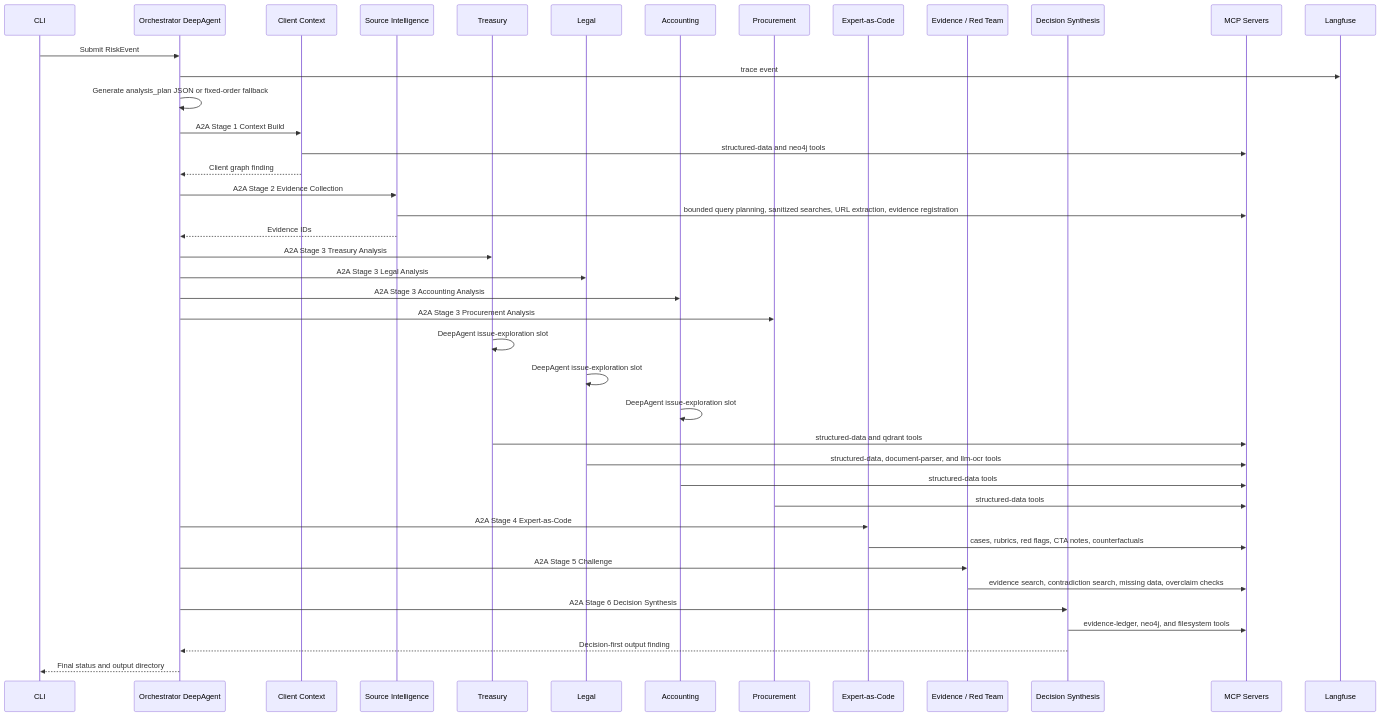
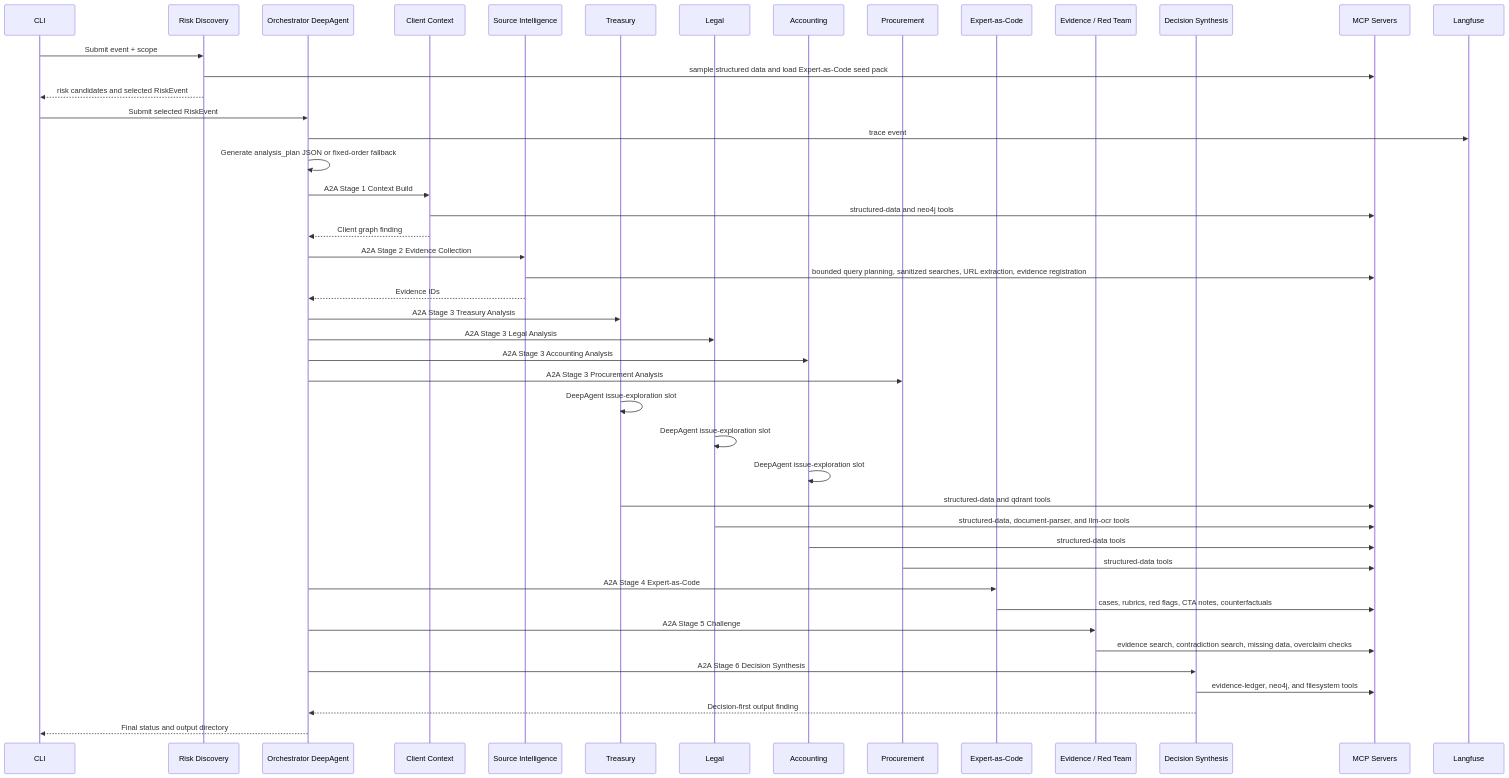
The third of 4 diagrams in docs/architecture_diagrams.md (yujihama/RiskAdvisory_Intelligence_Platform), drawn with Mermaid before and after one commit. The commit also changed other lines of this file and 25 other files, not shown here.

Commit message:
Add event scope risk discovery

````diff
--- a/docs/architecture_diagrams.md
+++ b/docs/architecture_diagrams.md
@@ -185,45 +189,49 @@
 ```mermaid
 sequenceDiagram
     participant CLI as CLI
+    participant RD as Risk Discovery
     participant O as Orchestrator DeepAgent
     participant C as Client Context
     participant S as Source Intelligence
     participant T as Treasury
     participant L as Legal
     participant A as Accounting
     participant P as Procurement
     participant E as Expert-as-Code
     participant R as Evidence / Red Team
     participant D as Decision Synthesis
     participant M as MCP Servers
     participant LF as Langfuse
 
-    CLI->>O: Submit RiskEvent
+    CLI->>RD: Submit event + scope
+    RD->>M: sample structured data and load Expert-as-Code seed pack
+    RD-->>CLI: risk candidates and selected RiskEvent
+    CLI->>O: Submit selected RiskEvent
     O->>LF: trace event
     O->>O: Generate analysis_plan JSON or fixed-order fallback
     O->>C: A2A Stage 1 Context Build
     C->>M: structured-data and neo4j tools
     C-->>O: Client graph finding
     O->>S: A2A Stage 2 Evidence Collection
     S->>M: bounded query planning, sanitized searches, URL extraction, evidence registration
     S-->>O: Evidence IDs
     O->>T: A2A Stage 3 Treasury Analysis
     O->>L: A2A Stage 3 Legal Analysis
     O->>A: A2A Stage 3 Accounting Analysis
     O->>P: A2A Stage 3 Procurement Analysis
     T->>T: DeepAgent issue-exploration slot
     L->>L: DeepAgent issue-exploration slot
     A->>A: DeepAgent issue-exploration slot
     T->>M: structured-data and qdrant tools
     L->>M: structured-data, document-parser, and llm-ocr tools
     A->>M: structured-data tools
     P->>M: structured-data tools
     O->>E: A2A Stage 4 Expert-as-Code
     E->>M: cases, rubrics, red flags, CTA notes, counterfactuals
     O->>R: A2A Stage 5 Challenge
     R->>M: evidence search, contradiction search, missing data, overclaim checks
     O->>D: A2A Stage 6 Decision Synthesis
     D->>M: evidence-ledger, neo4j, and filesystem tools
     D-->>O: Decision-first output finding
     O-->>CLI: Final status and output directory
 ```
````
